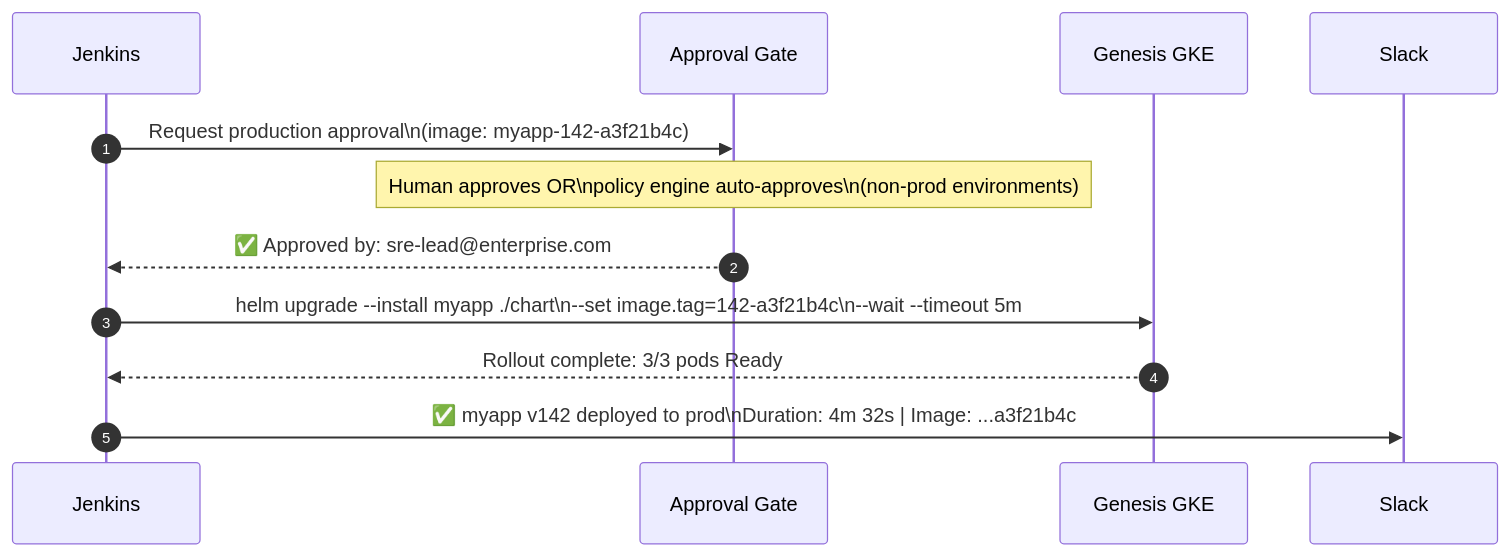
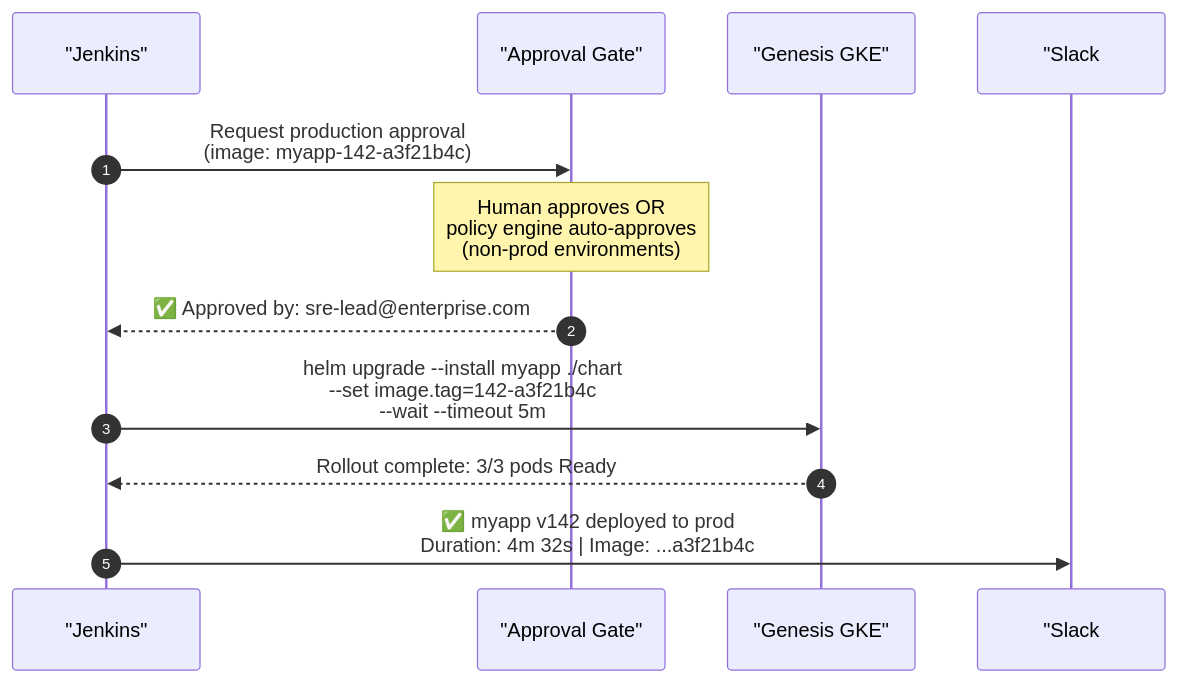
One commit to AravindKumarjoshi/devops-platform changed the ninth of 16 diagrams in mkdocs-devops-platform/docs/architecture-diagrams.md. Above: the diagram before and after it, drawn with Mermaid. The commit also changed other lines of this file and 1 other file, not shown here.

Commit message:
fix: mermaid syntax errors (replace \n with <br> and quote aliases)

````diff
--- a/mkdocs-devops-platform/docs/architecture-diagrams.md
+++ b/mkdocs-devops-platform/docs/architecture-diagrams.md
@@ -285,15 +285,15 @@
     ```mermaid
     sequenceDiagram
         autonumber
-        participant JK as Jenkins
-        participant GATE as Approval Gate
-        participant GKE as Genesis GKE
-        participant SLACK as Slack #platform-releases
+        participant JK as "Jenkins"
+        participant GATE as "Approval Gate"
+        participant GKE as "Genesis GKE"
+        participant SLACK as "Slack #platform-releases"
 
-        JK->>GATE: Request production approval\n(image: myapp-142-a3f21b4c)
-        Note over GATE: Human approves OR\npolicy engine auto-approves\n(non-prod environments)
+        JK->>GATE: Request production approval<br>(image: myapp-142-a3f21b4c)
+        Note over GATE: Human approves OR<br>policy engine auto-approves<br>(non-prod environments)
         GATE-->>JK: ✅ Approved by: sre-lead@enterprise.com
-        JK->>GKE: helm upgrade --install myapp ./chart\n--set image.tag=142-a3f21b4c\n--wait --timeout 5m
+        JK->>GKE: helm upgrade --install myapp ./chart<br>--set image.tag=142-a3f21b4c<br>--wait --timeout 5m
         GKE-->>JK: Rollout complete: 3/3 pods Ready
-        JK->>SLACK: ✅ myapp v142 deployed to prod\nDuration: 4m 32s | Image: ...a3f21b4c
+        JK->>SLACK: ✅ myapp v142 deployed to prod<br>Duration: 4m 32s | Image: ...a3f21b4c
     ```
````
